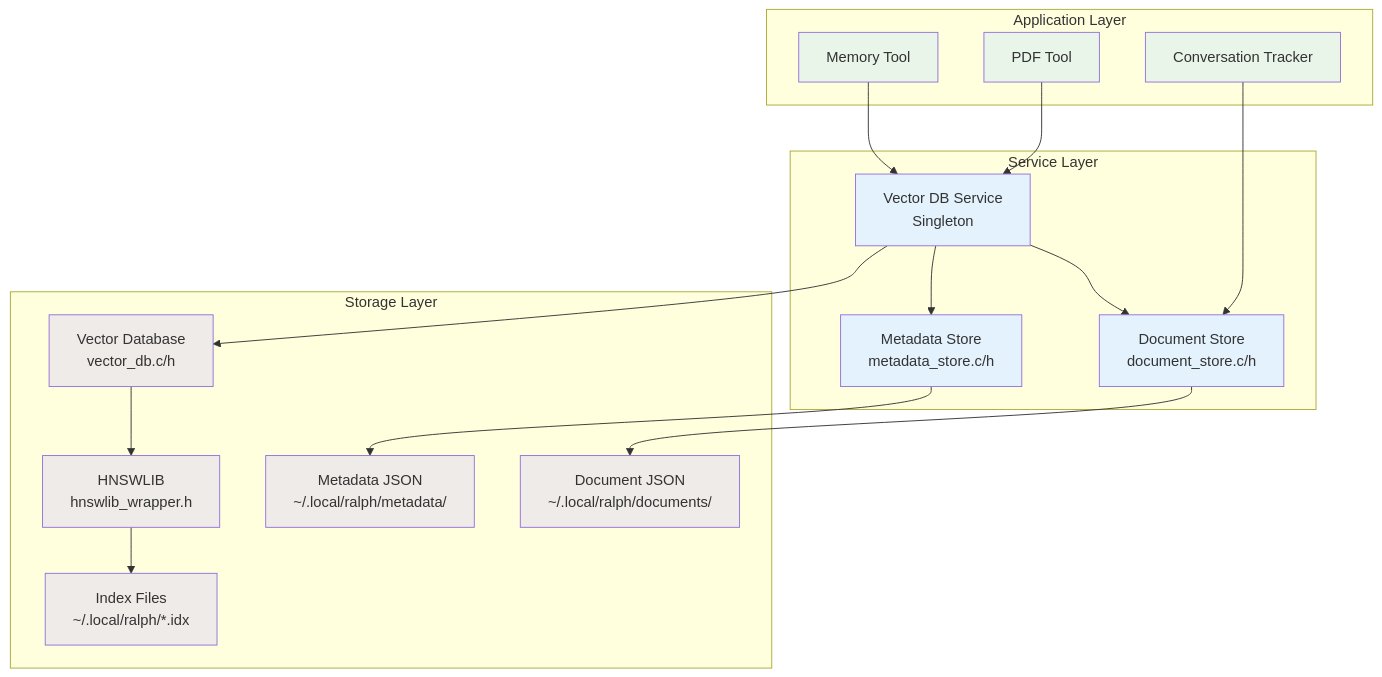
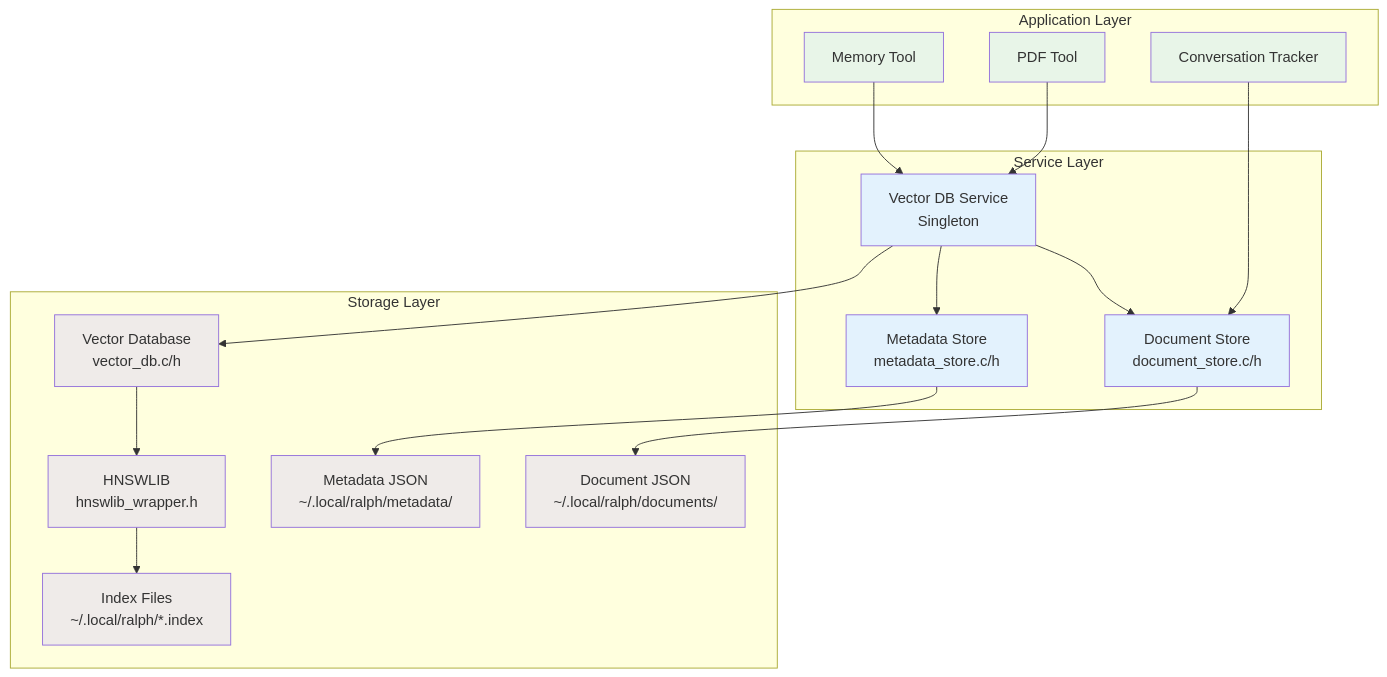
Diagram 16 of 16 in ARCHITECTURE.md (tgittos/scaffold), drawn with Mermaid before and after one commit. The commit also changed other lines of this file and 3 other files, not shown here.

````diff
--- a/ARCHITECTURE.md
+++ b/ARCHITECTURE.md
@@ -812,43 +812,43 @@
 ```mermaid
 graph TB
     subgraph Application Layer
         MemoryTool[Memory Tool]
         PDFTool[PDF Tool]
         ConvTracker[Conversation Tracker]
     end
 
     subgraph Service Layer
         VectorDBService[Vector DB Service<br/>Singleton]
         DocumentStore[Document Store<br/>document_store.c/h]
         MetadataStore[Metadata Store<br/>metadata_store.c/h]
     end
 
     subgraph Storage Layer
         VectorDB[Vector Database<br/>vector_db.c/h]
         HNSWLib[HNSWLIB<br/>hnswlib_wrapper.h]
         DocJSON[Document JSON<br/>~/.local/ralph/documents/]
         MetaJSON[Metadata JSON<br/>~/.local/ralph/metadata/]
-        IndexFiles[Index Files<br/>~/.local/ralph/*.idx]
+        IndexFiles[Index Files<br/>~/.local/ralph/*.index]
     end
 
     MemoryTool --> VectorDBService
     PDFTool --> VectorDBService
     ConvTracker --> DocumentStore
 
     VectorDBService --> DocumentStore
     VectorDBService --> MetadataStore
     VectorDBService --> VectorDB
 
     DocumentStore --> DocJSON
     MetadataStore --> MetaJSON
     VectorDB --> HNSWLib
     HNSWLib --> IndexFiles
 
     classDef app fill:#e8f5e8
     classDef service fill:#e3f2fd
     classDef storage fill:#efebe9
 
     class MemoryTool,PDFTool,ConvTracker app
     class VectorDBService,DocumentStore,MetadataStore service
     class VectorDB,HNSWLib,DocJSON,MetaJSON,IndexFiles storage
 ```
````
